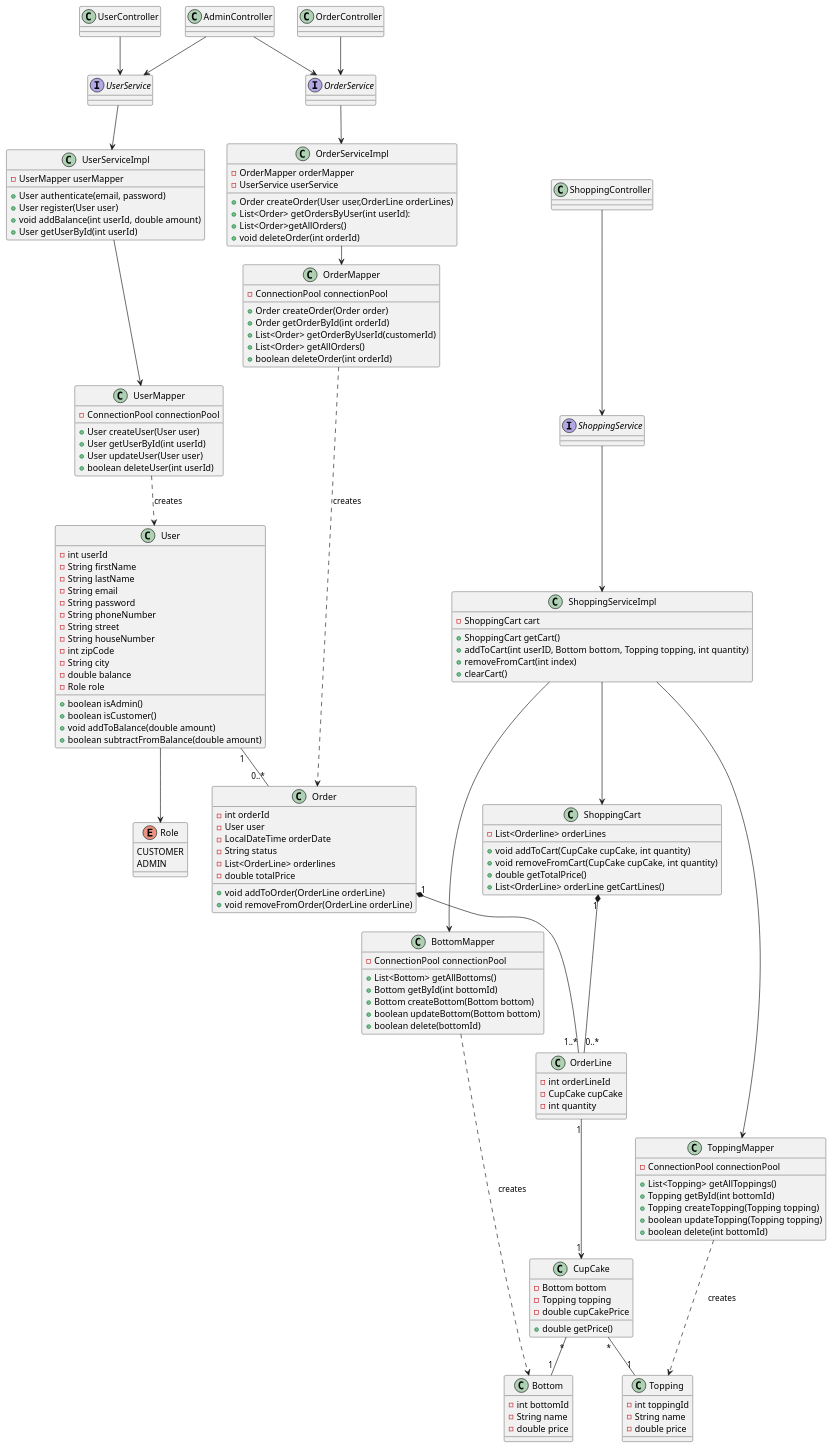
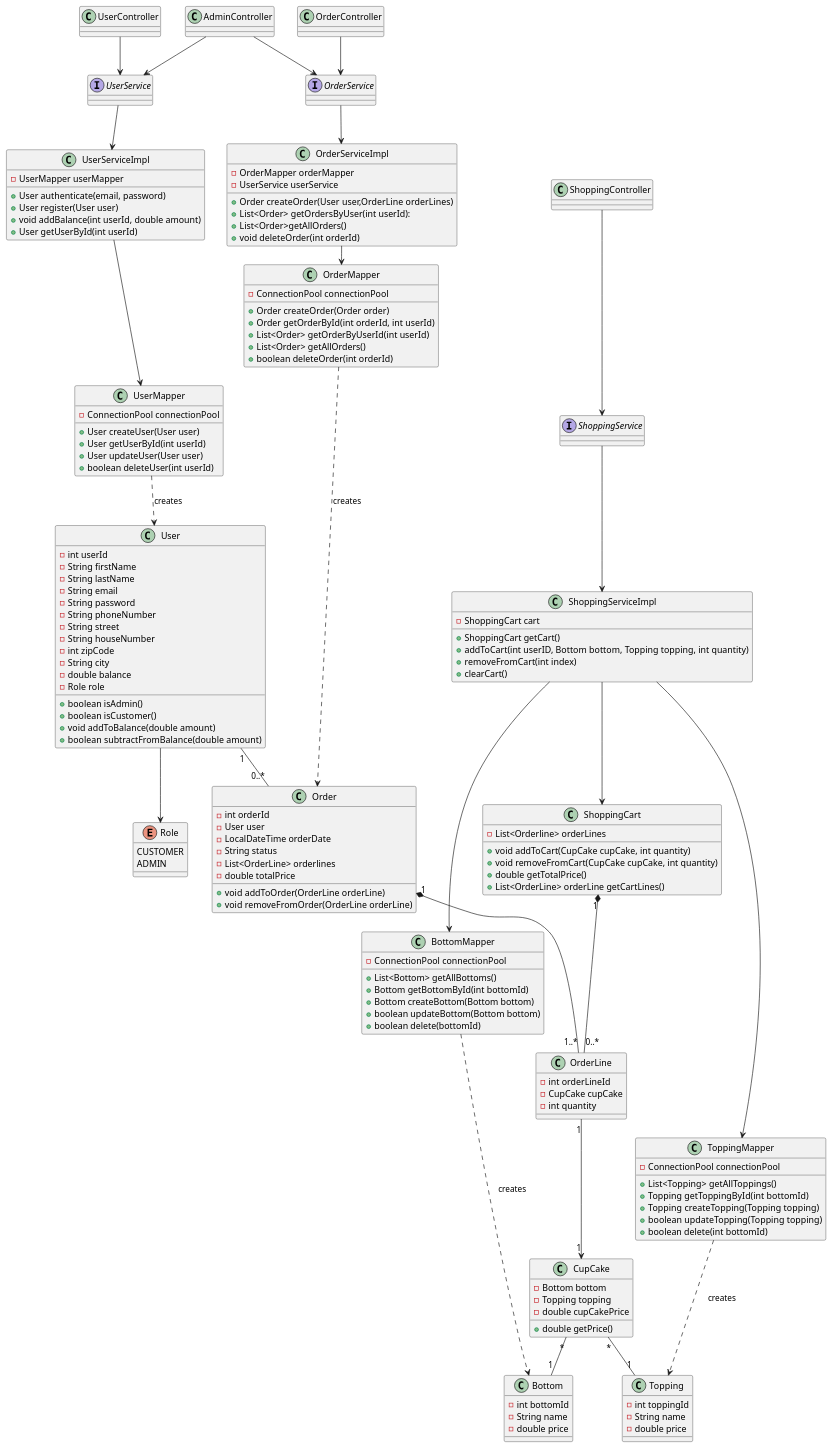
Before and after one commit to Mortenjenne/CupCake: the diagram in docs/domain/class diagram v1.puml, drawn with PlantUML. The commit also changed 16 other files, not shown here.

```diff
--- a/docs/domain/class diagram v1.puml
+++ b/docs/domain/class diagram v1.puml
@@ -1,189 +1,189 @@
 @startuml
 'https://plantuml.com/class-diagram
 
 Enum Role
 {
 CUSTOMER
 ADMIN
 }
 
 class User
 {
 - int userId
 - String firstName
 - String lastName
 - String email
 - String password
 - String phoneNumber
 - String street
 - String houseNumber
 - int zipCode
 - String city
 - double balance
 - Role role
 
 + boolean isAdmin()
 + boolean isCustomer()
 + void addToBalance(double amount)
 + boolean subtractFromBalance(double amount)
 }
 
 class CupCake
 {
 - Bottom bottom
 - Topping topping
 - double cupCakePrice
 + double getPrice()
 }
 
 class Bottom
 {
 - int bottomId
 - String name
 - double price
 }
 
 class Topping
 {
 - int toppingId
 - String name
 - double price
 }
 
 class Order
 {
 - int orderId
 - User user
 - LocalDateTime orderDate
 - String status
 - List<OrderLine> orderlines
 - double totalPrice
 
 + void addToOrder(OrderLine orderLine)
 + void removeFromOrder(OrderLine orderLine)
 }
 
 class OrderLine
 {
 - int orderLineId
 - CupCake cupCake
 - int quantity
 }
 
 class ShoppingCart
 {
 - List<Orderline> orderLines
 + void addToCart(CupCake cupCake, int quantity)
 + void removeFromCart(CupCake cupCake, int quantity)
 + double getTotalPrice()
 + List<OrderLine> orderLine getCartLines()
 }
 
 interface UserService
 interface ShoppingService
 interface OrderService
 
 class UserServiceImpl
 {
 - UserMapper userMapper
 + User authenticate(email, password)
 + User register(User user)
 + void addBalance(int userId, double amount)
 + User getUserById(int userId)
 }
 
 class OrderServiceImpl
 {
 -OrderMapper orderMapper
 -UserService userService
  + Order createOrder(User user,OrderLine orderLines)
  + List<Order> getOrdersByUser(int userId):
  + List<Order>getAllOrders()
  + void deleteOrder(int orderId)
 
 }
 
 class ShoppingServiceImpl
 {
  - ShoppingCart cart
  + ShoppingCart getCart()
  + addToCart(int userID, Bottom bottom, Topping topping, int quantity)
  + removeFromCart(int index)
  + clearCart()
 }
 
 
 class UserMapper
 {
 -ConnectionPool connectionPool
 + User createUser(User user)
 + User getUserById(int userId)
 + User updateUser(User user)
 + boolean deleteUser(int userId)
 }
 
 class BottomMapper
 {
 - ConnectionPool connectionPool
 + List<Bottom> getAllBottoms()
-+ Bottom getById(int bottomId)
++ Bottom getBottomById(int bottomId)
 + Bottom createBottom(Bottom bottom)
 + boolean updateBottom(Bottom bottom)
 + boolean delete(bottomId)
 }
 
 class ToppingMapper
 {
 - ConnectionPool connectionPool
 + List<Topping> getAllToppings()
-+ Topping getById(int bottomId)
++ Topping getToppingById(int bottomId)
 + Topping createTopping(Topping topping)
 + boolean updateTopping(Topping topping)
 + boolean delete(int bottomId)
 }
 
 class OrderMapper
 {
 - ConnectionPool connectionPool
 + Order createOrder(Order order)
-+ Order getOrderById(int orderId)
-+ List<Order> getOrderByUserId(customerId)
++ Order getOrderById(int orderId, int userId)
++ List<Order> getOrderByUserId(int userId)
 + List<Order> getAllOrders()
 + boolean deleteOrder(int orderId)
 }
 
 
 class UserController
 class ShoppingController
 class OrderController
 class AdminController
 
 UserController --> UserService
 ShoppingController --> ShoppingService
 OrderController --> OrderService
 AdminController --> OrderService
 AdminController --> UserService
 
 UserService --> UserServiceImpl
 ShoppingService --> ShoppingServiceImpl
 OrderService --> OrderServiceImpl
 
 UserServiceImpl --> UserMapper
 ShoppingServiceImpl --> BottomMapper
 ShoppingServiceImpl --> ToppingMapper
 ShoppingServiceImpl --> ShoppingCart
 OrderServiceImpl -> OrderMapper
 
 UserMapper ..> User : creates
 OrderMapper ..> Order : creates
 BottomMapper ..> Bottom : creates
 ToppingMapper ..> Topping : creates
 
 User "1" -- "0..*" Order
 User --> Role
 Order "1" *-- "1..*" OrderLine
 CupCake "*" -- "1" Bottom
 CupCake "*" -- "1" Topping
 ShoppingCart "1" *-- "0..*" OrderLine
 OrderLine "1" --> "1" CupCake
 @enduml
```
